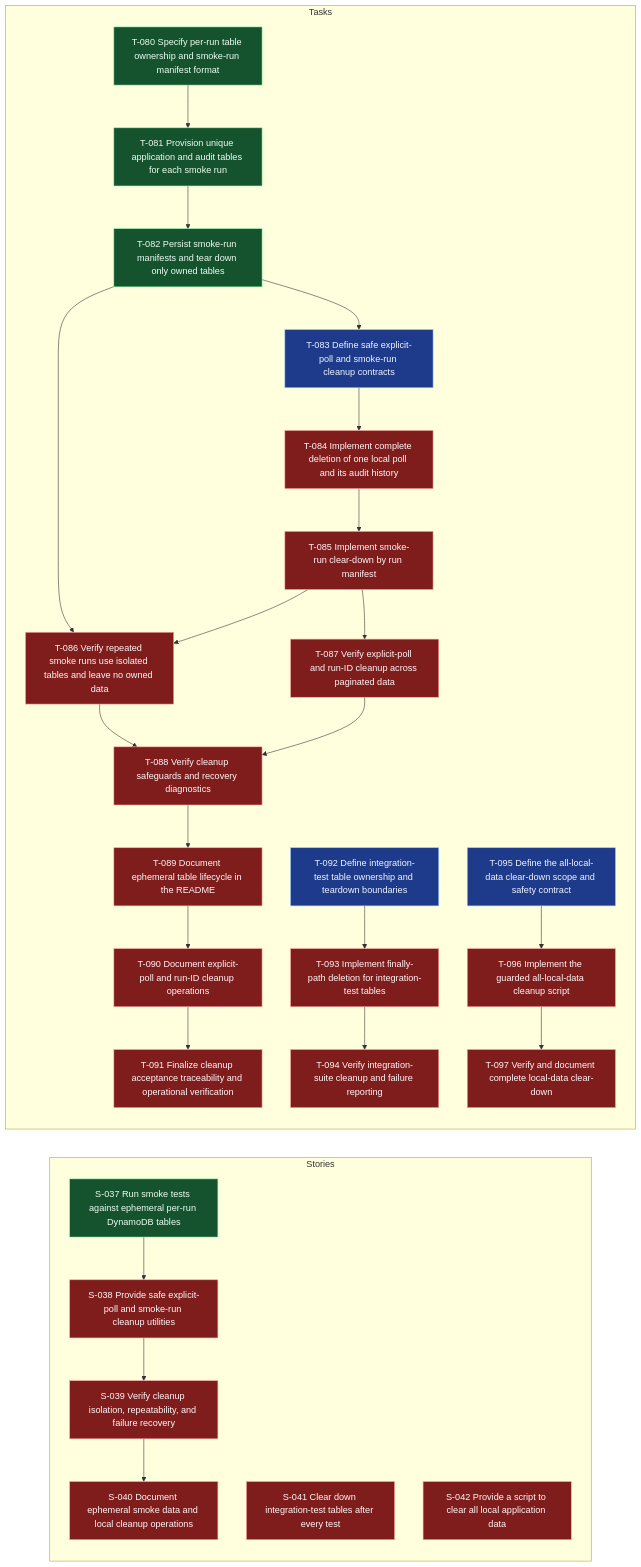
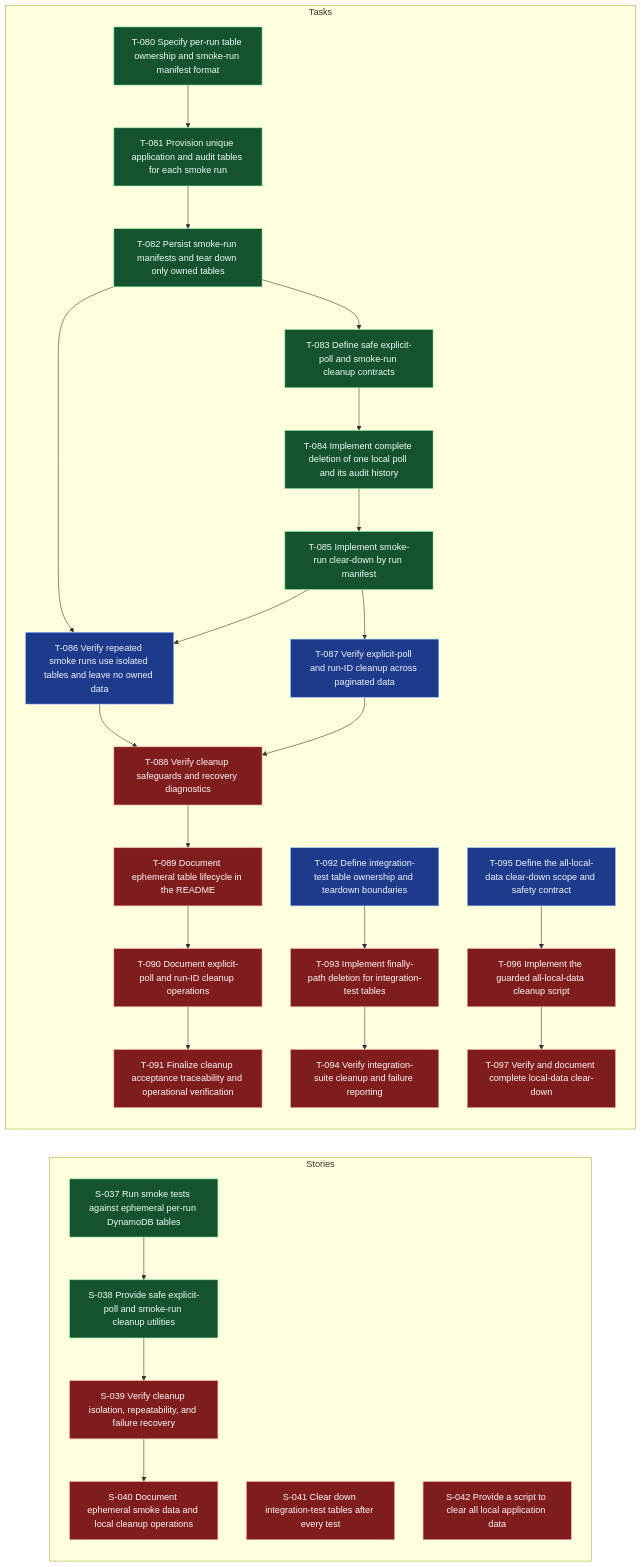
One commit to andybalham/invite-agent changed the diagram in .worktracker/graphs/E-011.mmd. Above: the diagram before and after it, drawn with Mermaid. The commit also changed 13 other files, not shown here.

First line of the commit message:
feat: complete implementation of explicit poll and smoke-run cleanup utilities

```diff
--- a/.worktracker/graphs/E-011.mmd
+++ b/.worktracker/graphs/E-011.mmd
@@ -1,78 +1,78 @@
 graph LR
   classDef done fill:#14532d,stroke:#86efac,color:#f0fdf4;
   classDef blocked fill:#7f1d1d,stroke:#fca5a5,color:#fff7f7;
   classDef inprogress fill:#78350f,stroke:#fbbf24,color:#fffbeb;
   classDef todo fill:#1e3a8a,stroke:#93c5fd,color:#eff6ff;
   classDef empty fill:#374151,stroke:#d1d5db,color:#f9fafb,stroke-dasharray: 3 3;
   subgraph Stories
     S037["S-037 Run smoke tests against ephemeral per-run DynamoDB tables"]:::done
-    S038["S-038 Provide safe explicit-poll and smoke-run cleanup utilities"]:::blocked
+    S038["S-038 Provide safe explicit-poll and smoke-run cleanup utilities"]:::done
     S039["S-039 Verify cleanup isolation, repeatability, and failure recovery"]:::blocked
     S040["S-040 Document ephemeral smoke data and local cleanup operations"]:::blocked
     S041["S-041 Clear down integration-test tables after every test"]:::blocked
     S042["S-042 Provide a script to clear all local application data"]:::blocked
     S037 --> S038
     S038 --> S039
     S039 --> S040
   end
   subgraph Tasks
     T080["T-080 Specify per-run table ownership and smoke-run manifest format"]:::done
     T081["T-081 Provision unique application and audit tables for each smoke run"]:::done
     T082["T-082 Persist smoke-run manifests and tear down only owned tables"]:::done
-    T083["T-083 Define safe explicit-poll and smoke-run cleanup contracts"]:::todo
-    T084["T-084 Implement complete deletion of one local poll and its audit history"]:::blocked
-    T085["T-085 Implement smoke-run clear-down by run manifest"]:::blocked
-    T086["T-086 Verify repeated smoke runs use isolated tables and leave no owned data"]:::blocked
-    T087["T-087 Verify explicit-poll and run-ID cleanup across paginated data"]:::blocked
+    T083["T-083 Define safe explicit-poll and smoke-run cleanup contracts"]:::done
+    T084["T-084 Implement complete deletion of one local poll and its audit history"]:::done
+    T085["T-085 Implement smoke-run clear-down by run manifest"]:::done
+    T086["T-086 Verify repeated smoke runs use isolated tables and leave no owned data"]:::todo
+    T087["T-087 Verify explicit-poll and run-ID cleanup across paginated data"]:::todo
     T088["T-088 Verify cleanup safeguards and recovery diagnostics"]:::blocked
     T089["T-089 Document ephemeral table lifecycle in the README"]:::blocked
     T090["T-090 Document explicit-poll and run-ID cleanup operations"]:::blocked
     T091["T-091 Finalize cleanup acceptance traceability and operational verification"]:::blocked
     T092["T-092 Define integration-test table ownership and teardown boundaries"]:::todo
     T093["T-093 Implement finally-path deletion for integration-test tables"]:::blocked
     T094["T-094 Verify integration-suite cleanup and failure reporting"]:::blocked
     T095["T-095 Define the all-local-data clear-down scope and safety contract"]:::todo
     T096["T-096 Implement the guarded all-local-data cleanup script"]:::blocked
     T097["T-097 Verify and document complete local-data clear-down"]:::blocked
     T080 --> T081
     T081 --> T082
     T082 --> T083
     T082 --> T086
     T083 --> T084
     T084 --> T085
     T085 --> T086
     T085 --> T087
     T086 --> T088
     T087 --> T088
     T088 --> T089
     T089 --> T090
     T090 --> T091
     T092 --> T093
     T093 --> T094
     T095 --> T096
     T096 --> T097
   end
   click S037 "../entities/S-037-run-smoke-tests-against-ephemeral-per-run-dynamodb-tables.md"
   click S038 "../entities/S-038-provide-safe-explicit-poll-and-smoke-run-cleanup-utilities.md"
   click S039 "../entities/S-039-verify-cleanup-isolation-repeatability-and-failure-recovery.md"
   click S040 "../entities/S-040-document-ephemeral-smoke-data-and-local-cleanup-operations.md"
   click S041 "../entities/S-041-clear-down-integration-test-tables-after-every-test.md"
   click S042 "../entities/S-042-provide-a-script-to-clear-all-local-application-data.md"
   click T080 "../entities/T-080-specify-per-run-table-ownership-and-smoke-run-manifest-format.md"
   click T081 "../entities/T-081-provision-unique-application-and-audit-tables-for-each-smoke-run.md"
   click T082 "../entities/T-082-persist-smoke-run-manifests-and-tear-down-only-owned-tables.md"
   click T083 "../entities/T-083-define-safe-explicit-poll-and-smoke-run-cleanup-contracts.md"
   click T084 "../entities/T-084-implement-complete-deletion-of-one-local-poll-and-its-audit-history.md"
   click T085 "../entities/T-085-implement-smoke-run-clear-down-by-run-manifest.md"
   click T086 "../entities/T-086-verify-repeated-smoke-runs-use-isolated-tables-and-leave-no-owned-data.md"
   click T087 "../entities/T-087-verify-explicit-poll-and-run-id-cleanup-across-paginated-data.md"
   click T088 "../entities/T-088-verify-cleanup-safeguards-and-recovery-diagnostics.md"
   click T089 "../entities/T-089-document-ephemeral-table-lifecycle-in-the-readme.md"
   click T090 "../entities/T-090-document-explicit-poll-and-run-id-cleanup-operations.md"
   click T091 "../entities/T-091-finalize-cleanup-acceptance-traceability-and-operational-verification.md"
   click T092 "../entities/T-092-define-integration-test-table-ownership-and-teardown-boundaries.md"
   click T093 "../entities/T-093-implement-finally-path-deletion-for-integration-test-tables.md"
   click T094 "../entities/T-094-verify-integration-suite-cleanup-and-failure-reporting.md"
   click T095 "../entities/T-095-define-the-all-local-data-clear-down-scope-and-safety-contract.md"
   click T096 "../entities/T-096-implement-the-guarded-all-local-data-cleanup-script.md"
   click T097 "../entities/T-097-verify-and-document-complete-local-data-clear-down.md"
```
